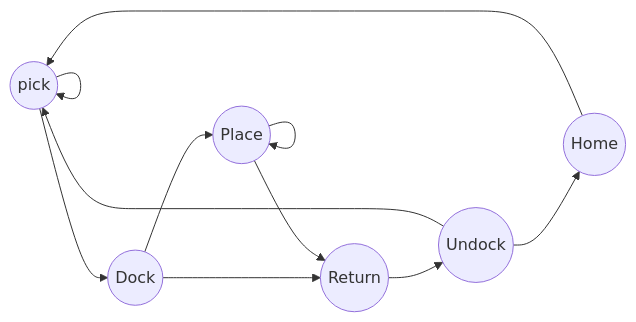
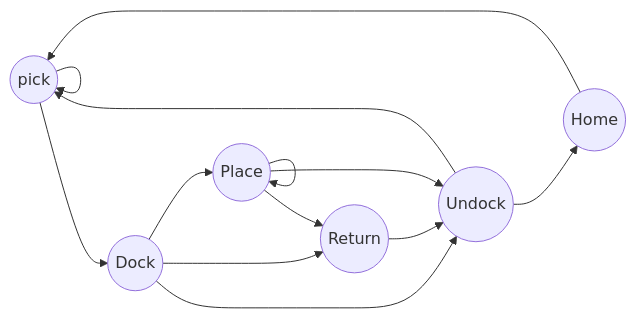
Before and after one commit to FLW-TUDO/fms_rob: the diagram in behavior.md, drawn with Mermaid.

````diff
--- a/behavior.md
+++ b/behavior.md
@@ -1,13 +1,15 @@
 ```mermaid
 graph LR;
   pick((pick))-->dock((Dock))
   dock-->return((Return))
+  dock-->undock((Undock))
   return-->undock((Undock))
   undock-->home((Home))
   dock-->place((Place))
   place-->return
   place-->place
+  place-->undock((Undock))
   pick-->pick
   undock-->pick
   home-->pick
 ```
````
